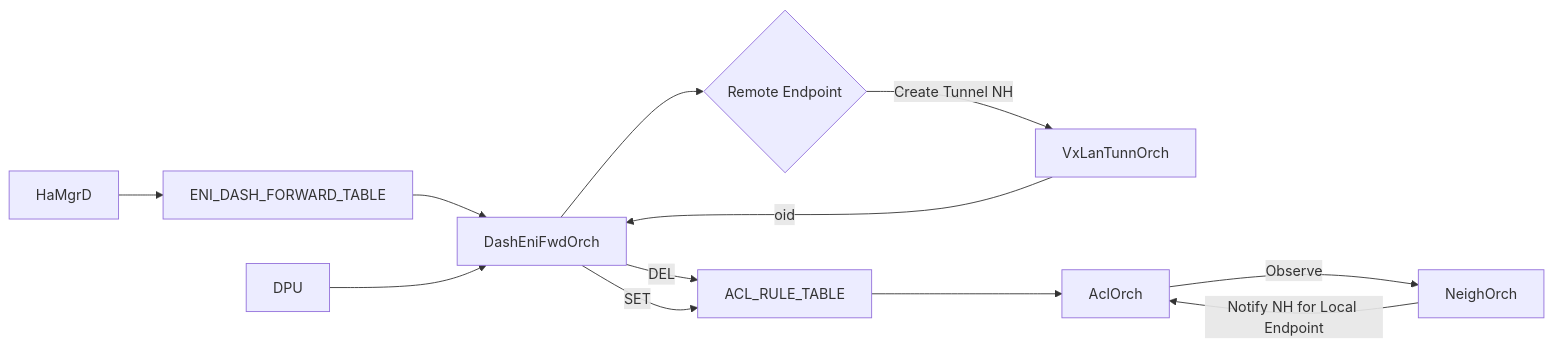
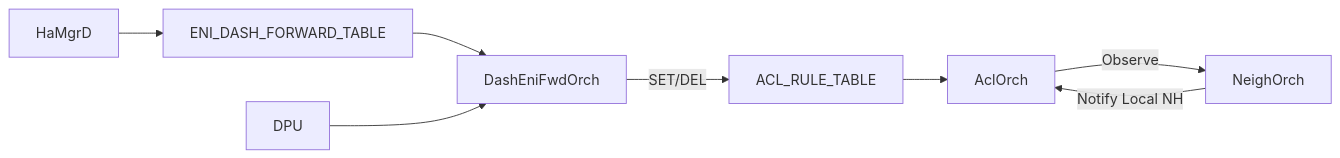
Before and after one commit to sonic-net/SONiC: the third of 3 diagrams in doc/smart-switch/high-availability/eni-based-forwarding.md, drawn with Mermaid. The commit also changed other lines of this file, not shown here.

Commit message:
Update the flowchart

````diff
--- a/doc/smart-switch/high-availability/eni-based-forwarding.md
+++ b/doc/smart-switch/high-availability/eni-based-forwarding.md
@@ -289,20 +291,14 @@
 ```mermaid
 flowchart LR
     ENI_TABLE[ENI_DASH_FORWARD_TABLE]
 
     HaMgrD --> ENI_TABLE
     ENI_TABLE --> DashEniFwdOrch
     DPU --> DashEniFwdOrch
 
-    DashEniFwdOrch --> Ques1{Remote Endpoint}
-    Ques1 --> |Create Tunnel NH| VxLanTunnOrch
-    VxLanTunnOrch --> |oid| DashEniFwdOrch
-
+    DashEniFwdOrch --> | SET/DEL | ACL_RULE_TABLE
+    ACL_RULE_TABLE --> AclOrch
+    
     AclOrch --> |Observe| NeighOrch
-    NeighOrch --> |Notify NH for Local Endpoint| AclOrch
-
-    DashEniFwdOrch --> | DEL | ACL_RULE_TABLE
-    DashEniFwdOrch --> | SET | ACL_RULE_TABLE
-
-    ACL_RULE_TABLE --> AclOrch
+    NeighOrch --> |Notify Local NH| AclOrch
 ```
````
